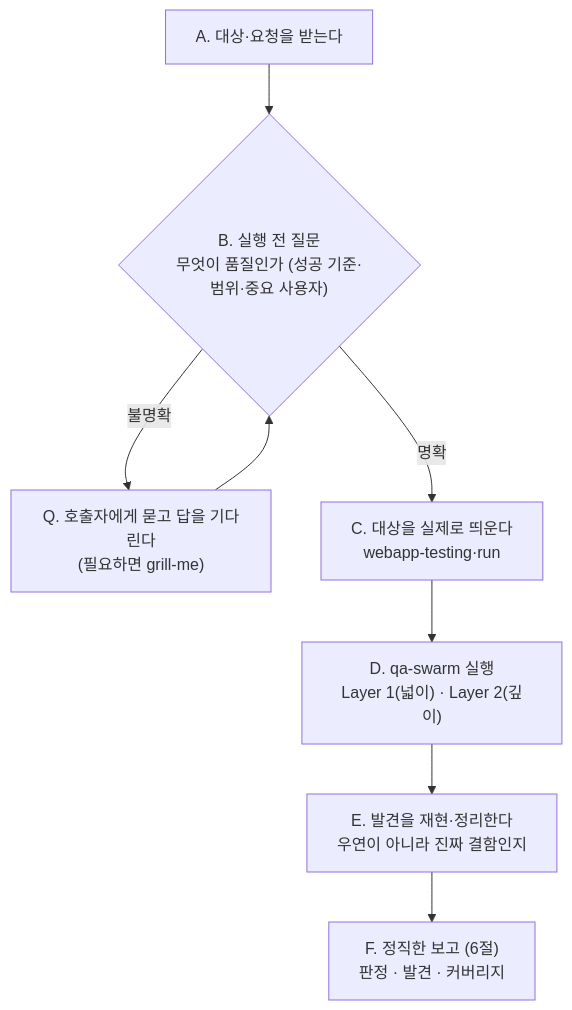
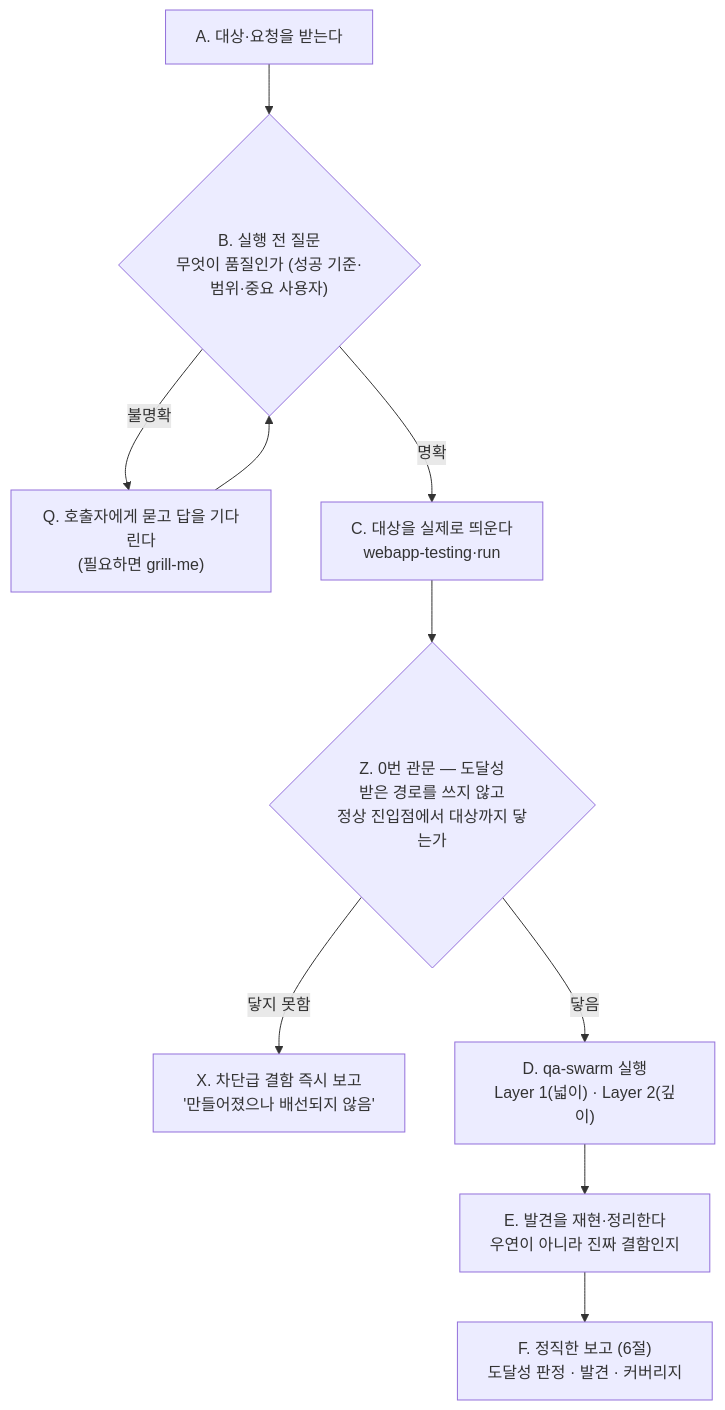
The diagram in .claude/agents/kimqa.md (GeonwooKim-fitogether/Template-repository), drawn with Mermaid before and after one commit. The commit also changed other lines of this file and 6 other files, not shown here.

````diff
--- a/.claude/agents/kimqa.md
+++ b/.claude/agents/kimqa.md
@@ -39,14 +39,18 @@
 ```mermaid
 flowchart TD
     A["A. 대상·요청을 받는다"]
     B{"B. 실행 전 질문<br/>무엇이 품질인가 (성공 기준·범위·중요 사용자)"}
     Q["Q. 호출자에게 묻고 답을 기다린다<br/>(필요하면 grill-me)"]
     C["C. 대상을 실제로 띄운다<br/>webapp-testing·run"]
+    Z{"Z. 0번 관문 — 도달성<br/>받은 경로를 쓰지 않고<br/>정상 진입점에서 대상까지 닿는가"}
+    X["X. 차단급 결함 즉시 보고<br/>'만들어졌으나 배선되지 않음'"]
     D["D. qa-swarm 실행<br/>Layer 1(넓이) · Layer 2(깊이)"]
     E["E. 발견을 재현·정리한다<br/>우연이 아니라 진짜 결함인지"]
-    F["F. 정직한 보고 (6절)<br/>판정 · 발견 · 커버리지"]
+    F["F. 정직한 보고 (6절)<br/>도달성 판정 · 발견 · 커버리지"]
 
     A --> B
     B -->|"불명확"| Q --> B
-    B -->|"명확"| C --> D --> E --> F
+    B -->|"명확"| C --> Z
+    Z -->|"닿지 못함"| X
+    Z -->|"닿음"| D --> E --> F
 ```
````
